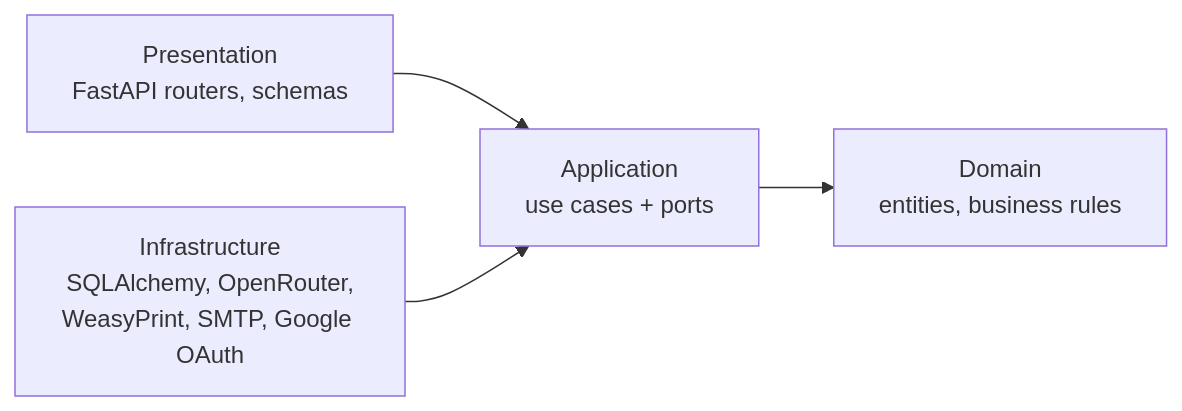
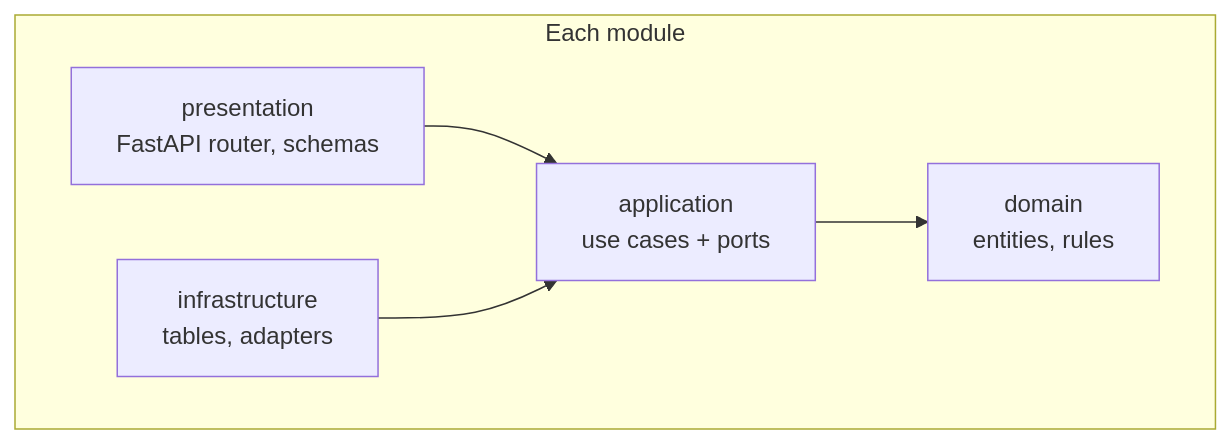
One commit to loaiattar/Novoya changed the first of 4 diagrams in docs/BACKEND.md. Above: the diagram before and after it, drawn with Mermaid. The commit also changed other lines of this file and 113 other files, not shown here.

First line of the commit message:
Backend: modular monolith with Clean Architecture in each module

````diff
--- a/docs/BACKEND.md
+++ b/docs/BACKEND.md
@@ -9,6 +12,9 @@
 ```mermaid
-flowchart LR
-  P[Presentation<br/>FastAPI routers, schemas] --> A
-  I[Infrastructure<br/>SQLAlchemy, OpenRouter,<br/>WeasyPrint, SMTP, Google OAuth] --> A
-  A[Application<br/>use cases + ports] --> D[Domain<br/>entities, business rules]
+flowchart TB
+  subgraph M[Each module]
+    direction LR
+    P[presentation<br/>FastAPI router, schemas] --> A
+    I[infrastructure<br/>tables, adapters] --> A
+    A[application<br/>use cases + ports] --> D[domain<br/>entities, rules]
+  end
 ```
````
